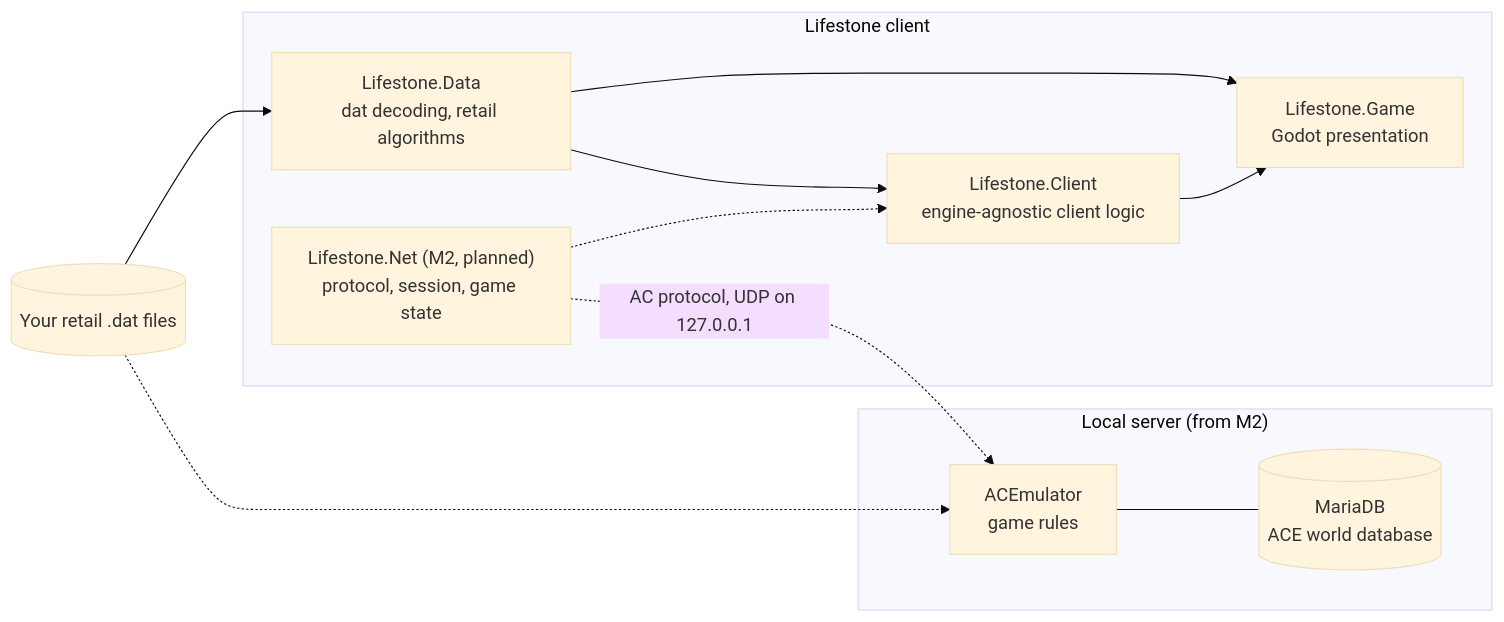
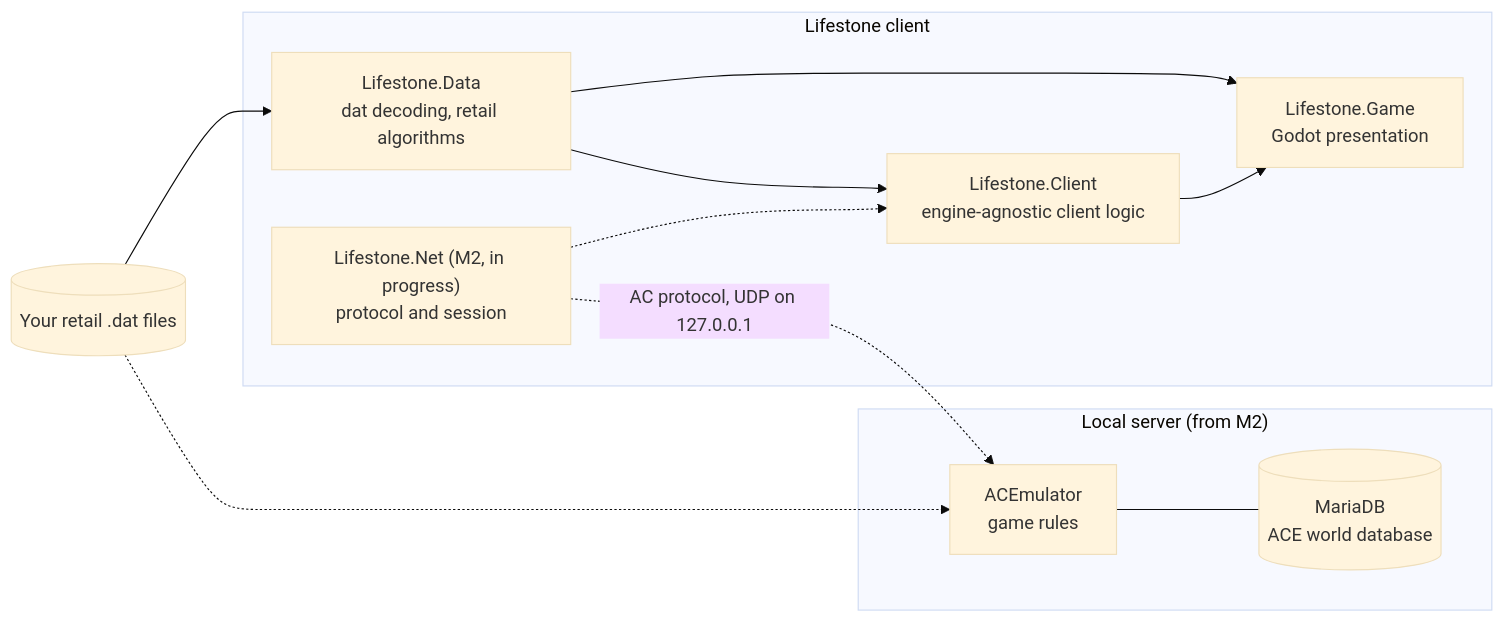
Before and after one commit to winniegreene/lifestone: the diagram in README.md, drawn with Mermaid (base theme). The commit also changed other lines of this file and 1327 other files, not shown here.

````diff
--- a/README.md
+++ b/README.md
@@ -193,22 +205,22 @@
 ```mermaid
 flowchart LR
     dats[("Your retail .dat files")]
     subgraph lifestone ["Lifestone client"]
         data["Lifestone.Data<br/>dat decoding, retail algorithms"]
         client["Lifestone.Client<br/>engine-agnostic client logic"]
         game["Lifestone.Game<br/>Godot presentation"]
-        net["Lifestone.Net (M2, planned)<br/>protocol, session, game state"]
+        net["Lifestone.Net (M2, in progress)<br/>protocol and session"]
     end
     subgraph server ["Local server (from M2)"]
         ace["ACEmulator<br/>game rules"]
         db[("MariaDB<br/>ACE world database")]
     end
     dats --> data
     data --> client
     data --> game
     client --> game
     net -.-> client
     dats -.-> ace
     ace --- db
     net -.->|"AC protocol, UDP on 127.0.0.1"| ace
 ```
````
